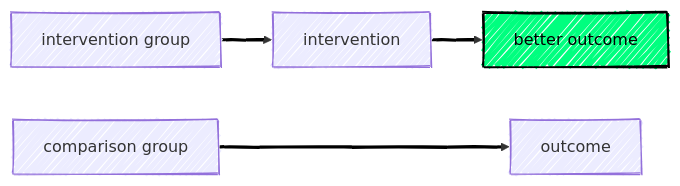
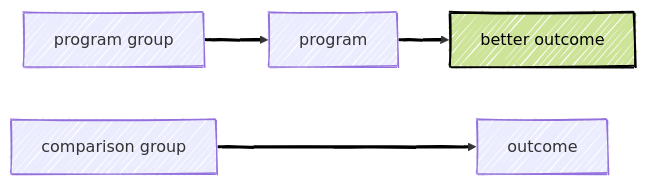
One commit to agrogan1/closeread changed the third of 8 diagrams in multivariate/multivariate.qmd. Above: the diagram before and after it, drawn with Mermaid. The commit also changed other lines of this file and 2 other files, not shown here.

Commit message:
added classDef forestgreen; "intervention" --> "program"

````diff
--- a/multivariate/multivariate.qmd
+++ b/multivariate/multivariate.qmd
@@ -107,22 +124,24 @@
 ```{mermaid}
 ---
 config:
   look: handDrawn
   theme: default
 ---
 
 flowchart LR
 
-  interventiongroup["intervention group"] --> intervention
+  programgroup["program group"] --> program
 
-  intervention[intervention] --> outcome1[better outcome]:::springgreen
+  program[program] --> outcome1[better outcome]:::forestgreen
 
   comparisongroup["comparison group"] ---> outcome0[outcome]
 
   linkStyle 0,1,2 stroke:#000000,stroke-width:3px,font-size:36px,color:black;
 
   classDef green fill:#80BD41,stroke:#000000,stroke-width:2px,color:#000000;
   
   classDef springgreen fill:#00FF7F,stroke:#000000,stroke-width:2px,color:#000000;
   
+  classDef forestgreen fill:#CDE498,stroke:#000000,stroke-width:2px,color:#000000;
+  
 ```
````
